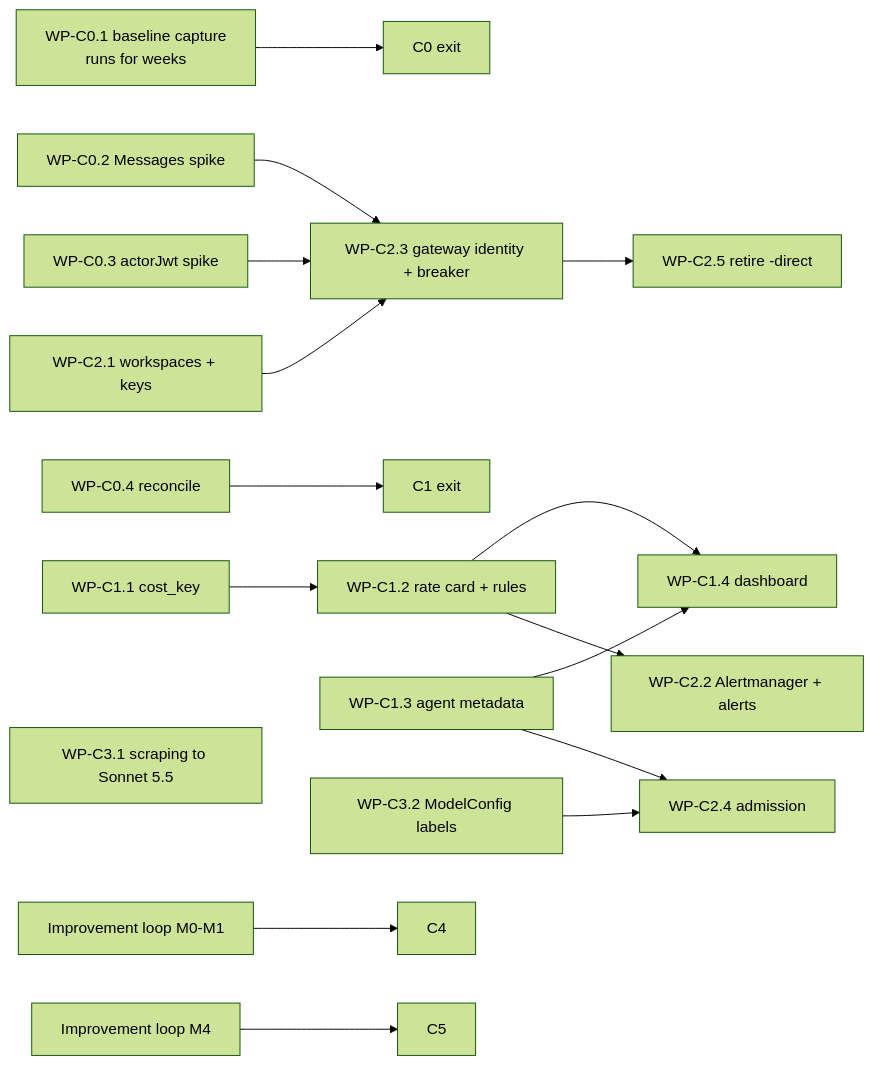
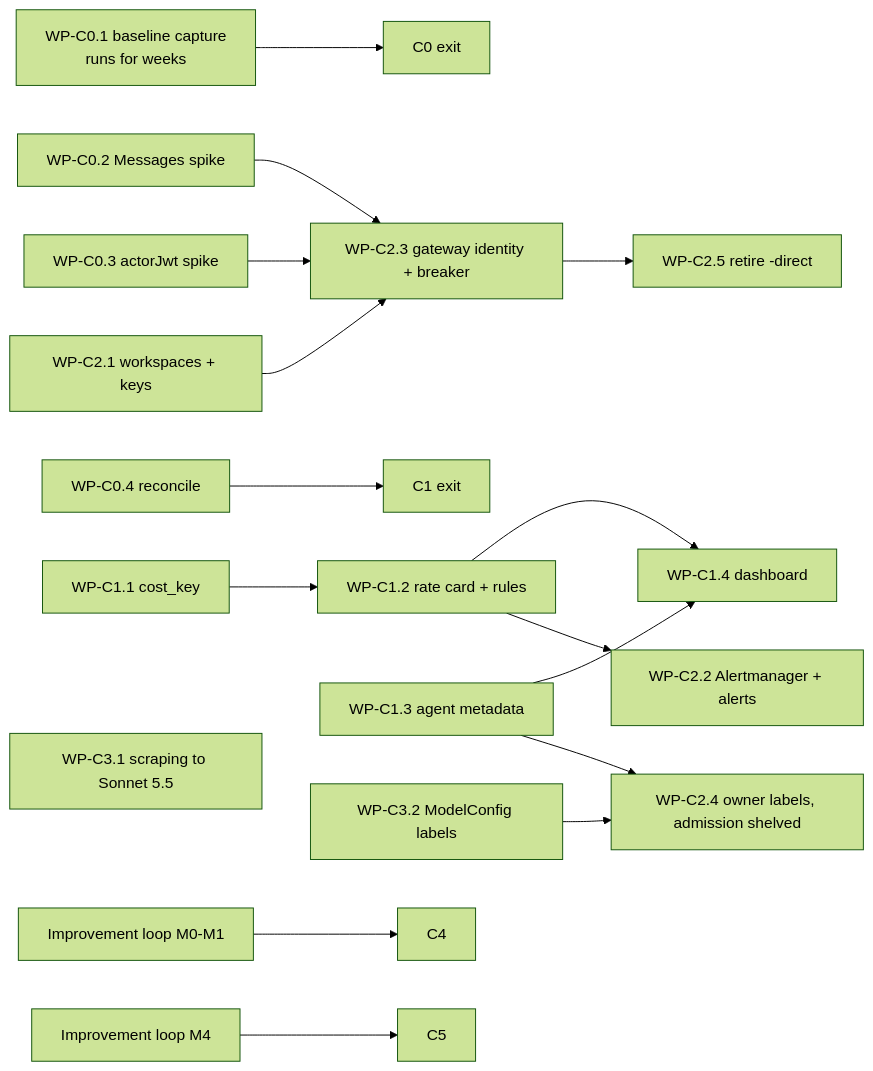
Before and after one commit to teaglebuilt/homelab: the diagram in .ai/plans/cost-management-plan.md, drawn with Mermaid (forest theme). The commit also changed other lines of this file and 2 other files, not shown here.

````diff
--- a/.ai/plans/cost-management-plan.md
+++ b/.ai/plans/cost-management-plan.md
@@ -21,18 +21,18 @@
 ```mermaid
 flowchart LR
   C0a[WP-C0.1 baseline capture<br/>runs for weeks] --> C0x[C0 exit]
   C0b[WP-C0.2 Messages spike] --> C2c
   C0c[WP-C0.3 actorJwt spike] --> C2c
   C0d[WP-C0.4 reconcile] --> C1x[C1 exit]
   C1a[WP-C1.1 cost_key] --> C1b[WP-C1.2 rate card + rules] --> C1d[WP-C1.4 dashboard]
   C1c[WP-C1.3 agent metadata] --> C1d
   C2a[WP-C2.1 workspaces + keys] --> C2c[WP-C2.3 gateway identity + breaker]
   C2b[WP-C2.2 Alertmanager + alerts]
   C1b --> C2b
   C3a[WP-C3.1 scraping to Sonnet 5.5]
-  C3b[WP-C3.2 ModelConfig labels] --> C2d[WP-C2.4 admission]
+  C3b[WP-C3.2 ModelConfig labels] --> C2d[WP-C2.4 owner labels, admission shelved]
   C1c --> C2d
   C2c --> C2e[WP-C2.5 retire -direct]
   L1[Improvement loop M0-M1] --> C4[C4]
   L4[Improvement loop M4] --> C5[C5]
 ```
````
